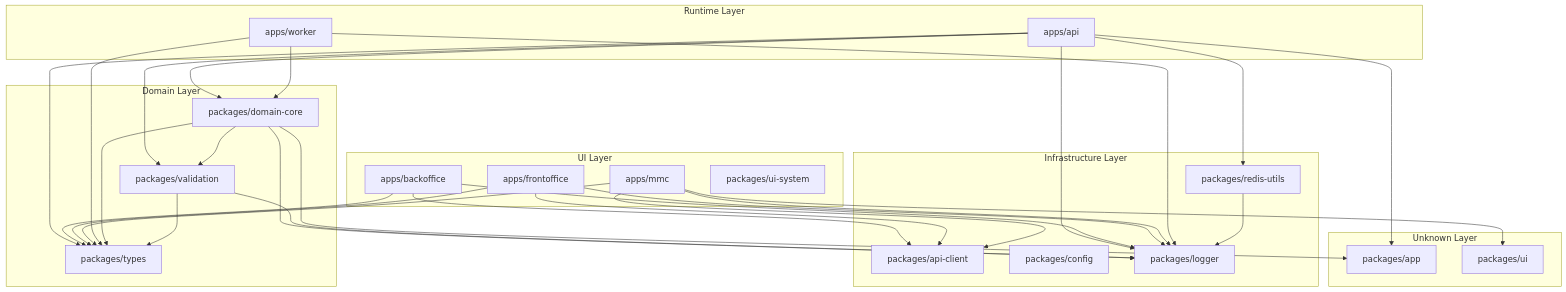
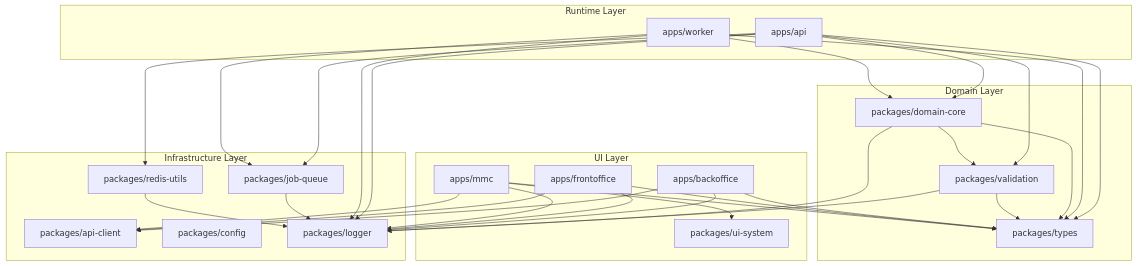
Before and after one commit to majedsiefalnasr/zidney-app2: the diagram in docs/architecture/visualization/layer-architecture-diagram.mmd, drawn with Mermaid. The commit also changed 26 other files, not shown here.

First line of the commit message:
feat(infra-011): add AI architecture and runtime maps

```diff
--- a/docs/architecture/visualization/layer-architecture-diagram.mmd
+++ b/docs/architecture/visualization/layer-architecture-diagram.mmd
@@ -1,53 +1,51 @@
 flowchart TD
   subgraph ui["UI Layer"]
     apps_backoffice["apps/backoffice"]
     apps_frontoffice["apps/frontoffice"]
     apps_mmc["apps/mmc"]
     packages_ui_system["packages/ui-system"]
   end
   subgraph runtime["Runtime Layer"]
     apps_api["apps/api"]
     apps_worker["apps/worker"]
   end
   subgraph domain["Domain Layer"]
     packages_domain_core["packages/domain-core"]
     packages_types["packages/types"]
     packages_validation["packages/validation"]
   end
   subgraph infrastructure["Infrastructure Layer"]
     packages_api_client["packages/api-client"]
     packages_config["packages/config"]
+    packages_job_queue["packages/job-queue"]
     packages_logger["packages/logger"]
     packages_redis_utils["packages/redis-utils"]
   end
-  subgraph unknown["Unknown Layer"]
-    packages_app["packages/app"]
-    packages_ui["packages/ui"]
-  end
 
-  apps_api --> packages_app
   apps_api --> packages_domain_core
+  apps_api --> packages_job_queue
   apps_api --> packages_logger
   apps_api --> packages_redis_utils
   apps_api --> packages_types
   apps_api --> packages_validation
   apps_backoffice --> packages_api_client
   apps_backoffice --> packages_logger
   apps_backoffice --> packages_types
   apps_frontoffice --> packages_api_client
   apps_frontoffice --> packages_logger
   apps_frontoffice --> packages_types
   apps_mmc --> packages_api_client
   apps_mmc --> packages_logger
   apps_mmc --> packages_types
-  apps_mmc --> packages_ui
+  apps_mmc --> packages_ui_system
   apps_worker --> packages_domain_core
+  apps_worker --> packages_job_queue
   apps_worker --> packages_logger
   apps_worker --> packages_types
-  packages_domain_core --> packages_app
   packages_domain_core --> packages_logger
   packages_domain_core --> packages_types
   packages_domain_core --> packages_validation
+  packages_job_queue --> packages_logger
   packages_redis_utils --> packages_logger
   packages_validation --> packages_logger
   packages_validation --> packages_types
```
